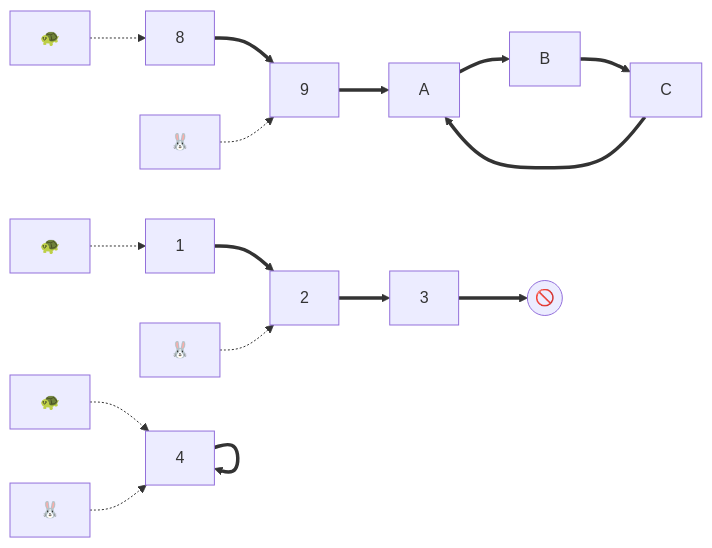
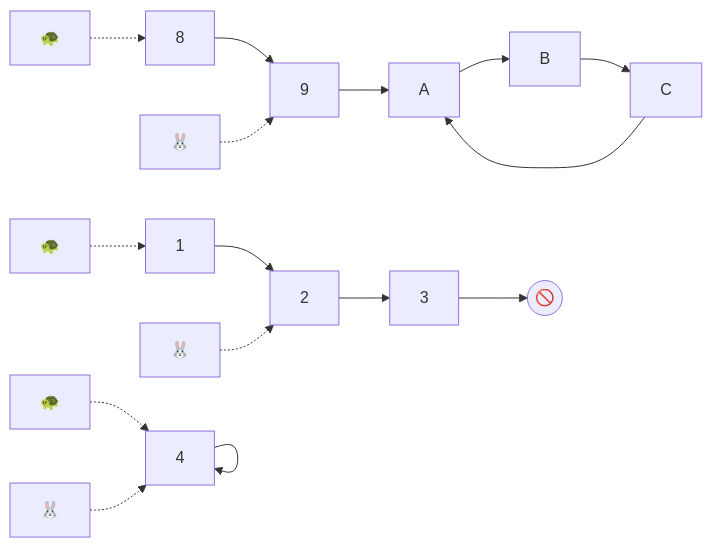
The sixth of 13 diagrams in _posts/2026-02-15-nuralagus-rex.md (raganwald/raganwald.github.com), drawn with Mermaid before and after one commit. The commit also changed other lines of this file, not shown here.

```diff
--- a/_posts/2026-02-15-nuralagus-rex.md
+++ b/_posts/2026-02-15-nuralagus-rex.md
@@ -121,34 +121,34 @@
 <div class="mermaid">
   graph LR
 
     tortoise2["🐢"]
     hare2["🐰"]
     a["4"]
 
-    a==>a
+    a-->a
     tortoise2-.->a
     hare2-.->a
     
     tortoise["🐢"]
     hare["🐰"]
     e["8"]
     f["9"]
     g["A"]
     h["B"]
     i["C"]
 
-    e==>f==>g==>h==>i==>g
+    e-->f-->g-->h-->i-->g
     tortoise-.->e
     hare-.->f
 
     tortoise3["🐢"]
     hare3["🐰"]
     b["1"]
     c["2"]
     d["3"]
     Empty(("🚫"))
 
-    b==>c==>d==>Empty
+    b-->c-->d-->Empty
     tortoise3-.->b
     hare3-.->c
 </div>
```
